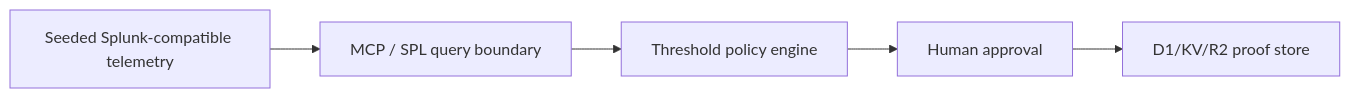
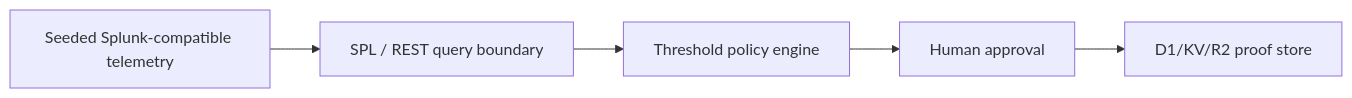
One commit to veithly/containment-countdown changed the diagram in pitch/draft.md. Above: the diagram before and after it, drawn with Mermaid. The commit also changed other lines of this file and 45 other files, not shown here.

````diff
--- a/pitch/draft.md
+++ b/pitch/draft.md
@@ -36,7 +36,7 @@
 ```mermaid
 flowchart LR
-  A[Seeded Splunk-compatible telemetry] --> B[MCP / SPL query boundary]
+  A[Seeded Splunk-compatible telemetry] --> B[SPL / REST query boundary]
   B --> C[Threshold policy engine]
   C --> D[Human approval]
   D --> E[D1/KV/R2 proof store]
 ```
````
